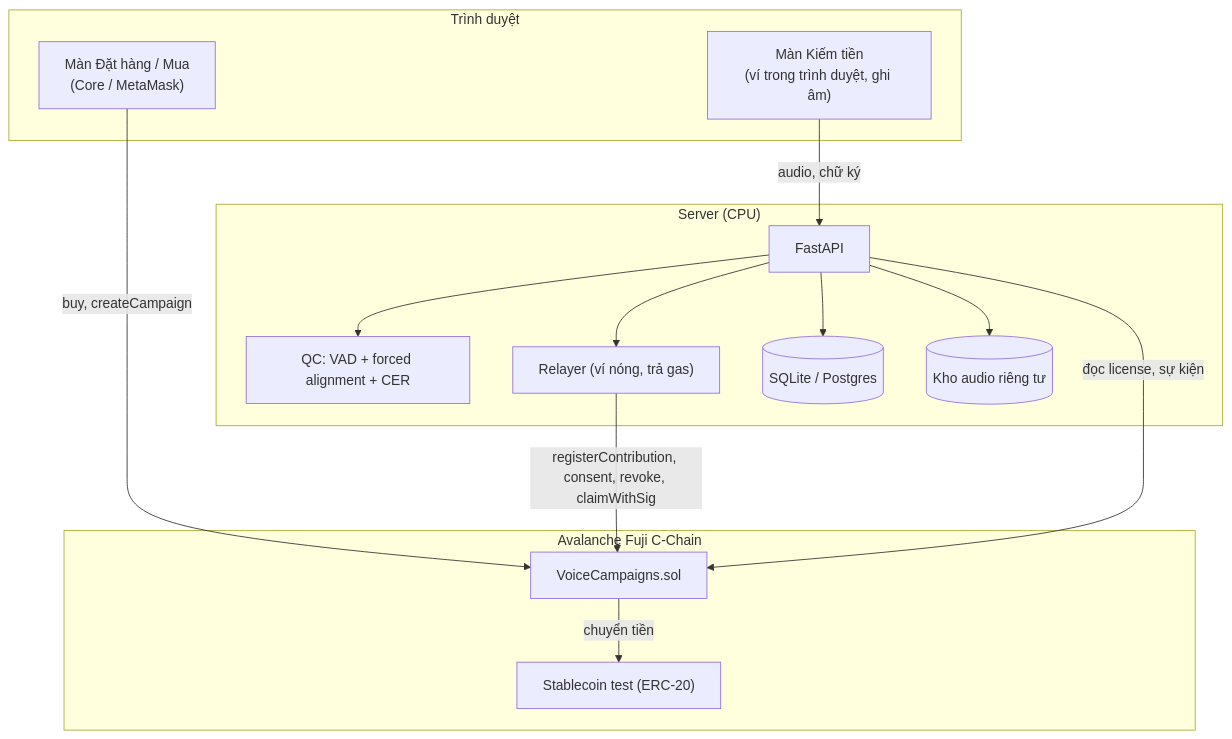
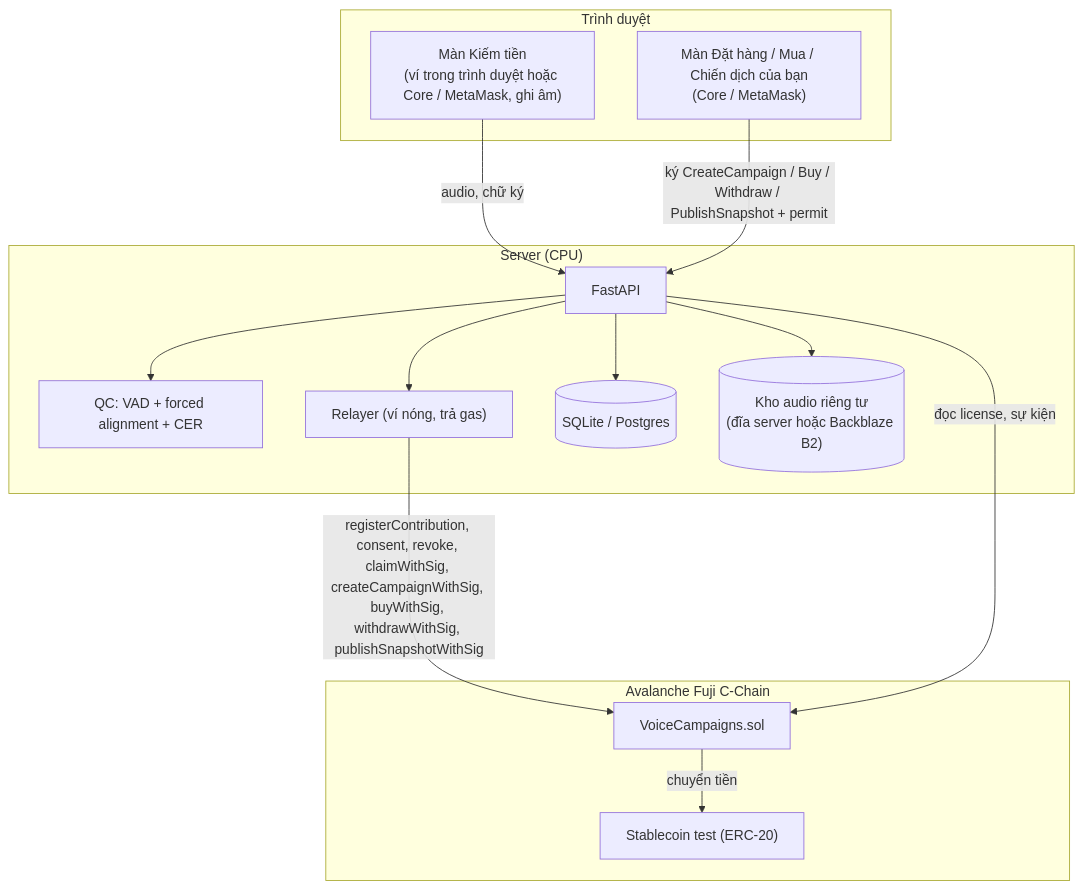
Before and after one commit to ZelusIsMe-05/DatasetMarketplace: the fourth of 4 diagrams in DatasetMarketplace_Hackathon.md, drawn with Mermaid. The commit also changed other lines of this file and 154 other files, not shown here.

````diff
--- a/DatasetMarketplace_Hackathon.md
+++ b/DatasetMarketplace_Hackathon.md
@@ -373,27 +445,27 @@
 ```mermaid
 flowchart TB
     subgraph Browser["Trình duyệt"]
-        FE1["Màn Kiếm tiền<br/>(ví trong trình duyệt, ghi âm)"]
-        FE2["Màn Đặt hàng / Mua<br/>(Core / MetaMask)"]
+        FE1["Màn Kiếm tiền<br/>(ví trong trình duyệt hoặc Core / MetaMask, ghi âm)"]
+        FE2["Màn Đặt hàng / Mua / Chiến dịch của bạn<br/>(Core / MetaMask)"]
     end
     subgraph Server["Server (CPU)"]
         API["FastAPI"]
         QC["QC: VAD + forced alignment + CER"]
         REL["Relayer (ví nóng, trả gas)"]
         DB[("SQLite / Postgres")]
-        ST[("Kho audio riêng tư")]
+        ST[("Kho audio riêng tư<br/>(đĩa server hoặc Backblaze B2)")]
     end
     subgraph Fuji["Avalanche Fuji C-Chain"]
         SC["VoiceCampaigns.sol"]
         TK["Stablecoin test (ERC-20)"]
     end
     FE1 -- audio, chữ ký --> API
-    FE2 -- buy, createCampaign --> SC
+    FE2 -- ký CreateCampaign / Buy / Withdraw / PublishSnapshot + permit --> API
     API --> QC
     API --> DB
     API --> ST
     API --> REL
-    REL -- registerContribution, consent, revoke, claimWithSig --> SC
+    REL -- registerContribution, consent, revoke, claimWithSig, createCampaignWithSig, buyWithSig, withdrawWithSig, publishSnapshotWithSig --> SC
     SC -- chuyển tiền --> TK
     API -- đọc license, sự kiện --> SC
 ```
````
